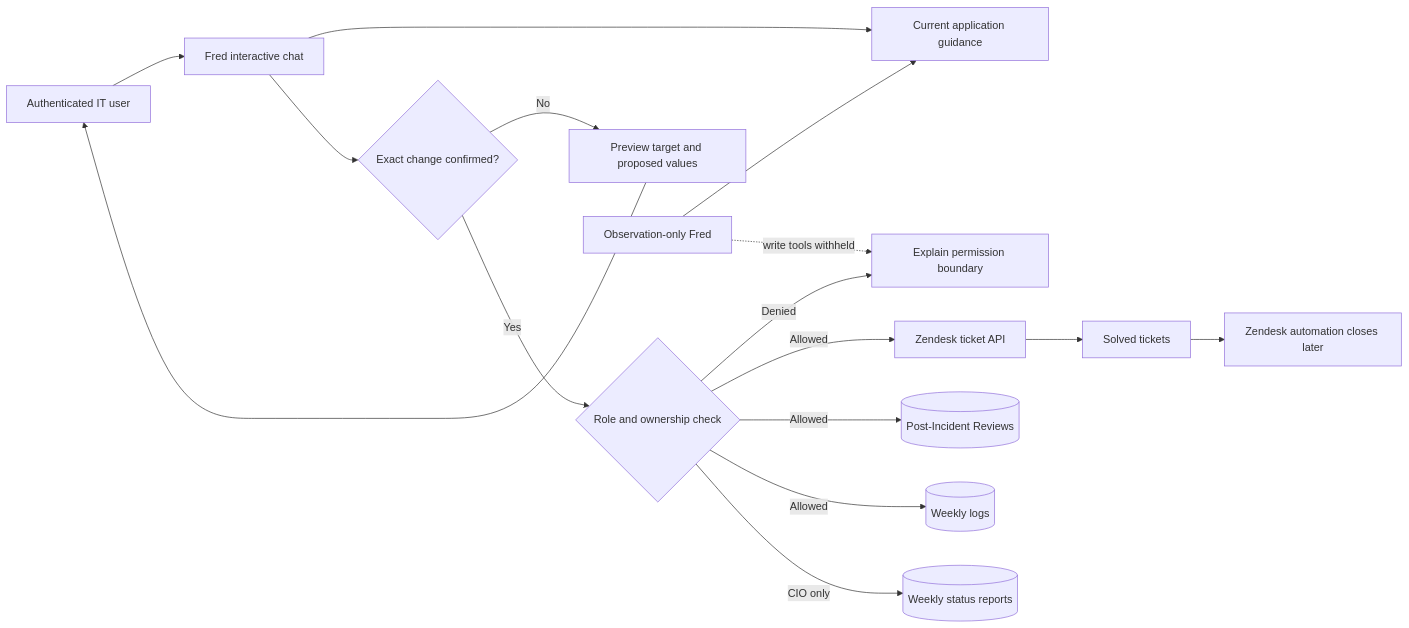
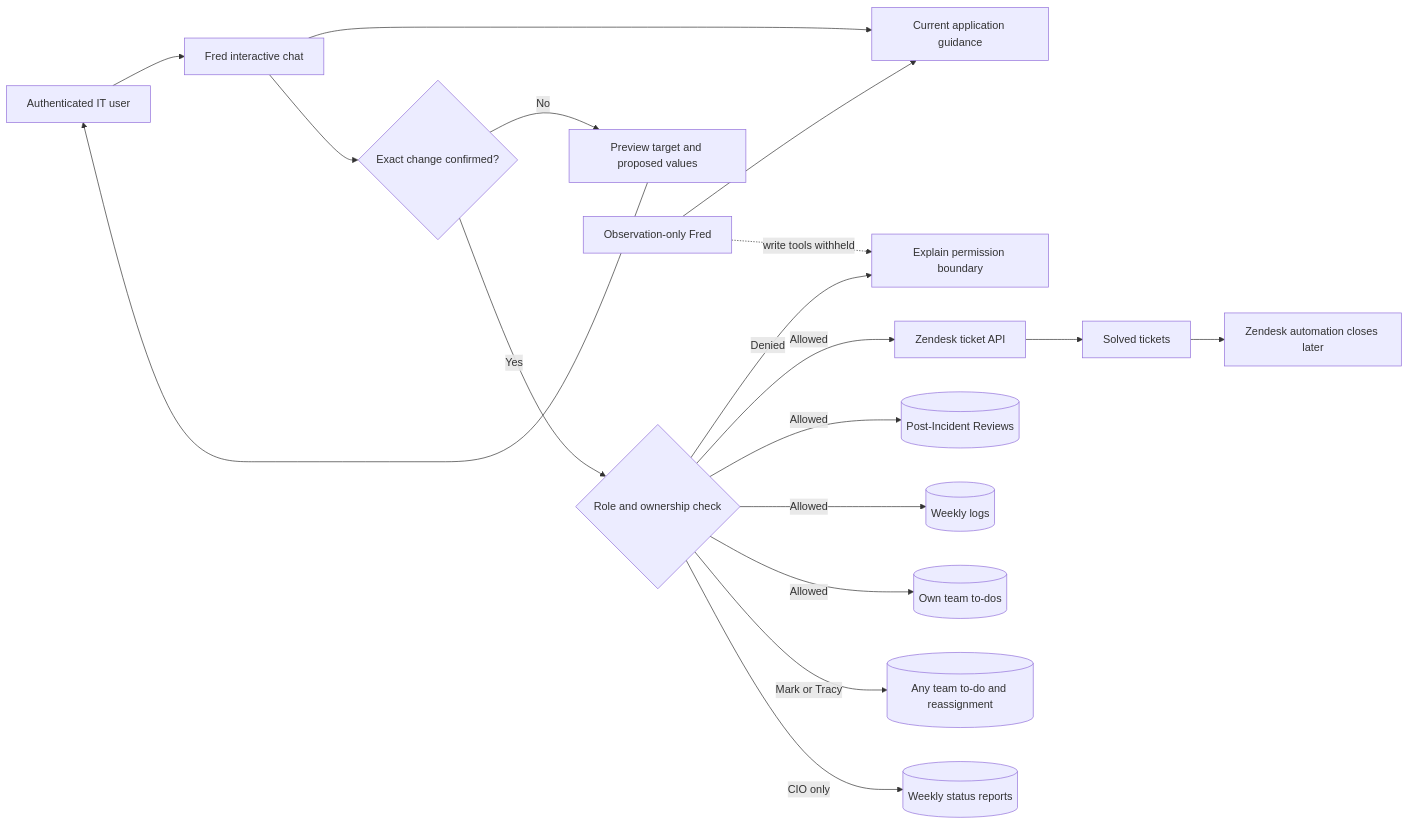
Before and after one commit to OlderschCoder/Network-Insight-Hub: the diagram in docs/fred-application-actions.mmd, drawn with Mermaid. The commit also changed 12 other files, not shown here.

```diff
--- a/docs/fred-application-actions.mmd
+++ b/docs/fred-application-actions.mmd
@@ -1,16 +1,18 @@
 flowchart LR
   U[Authenticated IT user] --> F[Fred interactive chat]
   F --> G[Current application guidance]
   F --> C{Exact change confirmed?}
   C -- No --> P[Preview target and proposed values]
   P --> U
   C -- Yes --> R{Role and ownership check}
   R -- Denied --> D[Explain permission boundary]
   R -- Allowed --> Z[Zendesk ticket API]
   R -- Allowed --> A[(Post-Incident Reviews)]
   R -- Allowed --> L[(Weekly logs)]
+  R -- Allowed --> TD[(Own team to-dos)]
+  R -- Mark or Tracy --> TA[(Any team to-do and reassignment)]
   R -- CIO only --> W[(Weekly status reports)]
   Z --> S[Solved tickets]
   S --> X[Zendesk automation closes later]
   B[Observation-only Fred] --> G
   B -. write tools withheld .-> D
```
